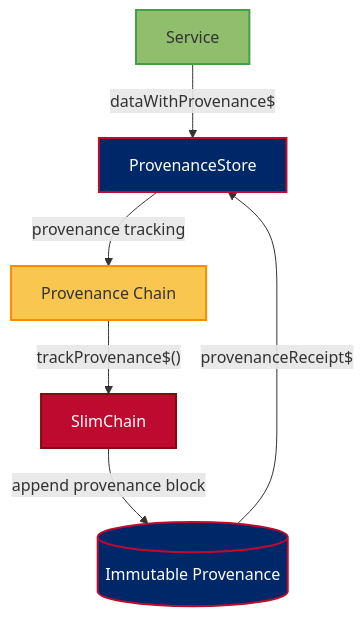
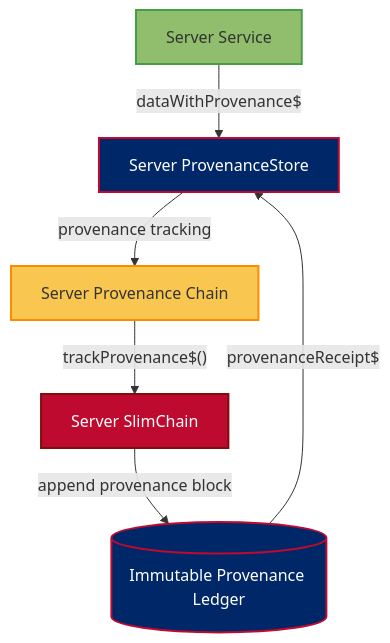
The fifth of 7 diagrams in forgeboard-frontend/src/assets/documentation/CODING-STANDARDS.md (JeffreySanford/forge-board), drawn with Mermaid before and after one commit. The commit also changed other lines of this file and 53 other files, not shown here.

````diff
--- a/forgeboard-frontend/src/assets/documentation/CODING-STANDARDS.md
+++ b/forgeboard-frontend/src/assets/documentation/CODING-STANDARDS.md
@@ -118,14 +118,14 @@
 ```mermaid
 flowchart TD
-  Service[Service]:::service -->|"dataWithProvenance$"| Store[ProvenanceStore]:::store
-  Store -->|"provenance tracking"| MergedState[Provenance Chain]:::state
-  MergedState -->|"trackProvenance$()"| Chain[SlimChain]:::chain
-  Chain -->|"append provenance block"| Ledger[(Immutable Provenance)]:::ledger
-  Ledger -->|"provenanceReceipt$"| Store
+  ServerService[Server Service]:::service -->|"dataWithProvenance$"| ServerStore[Server ProvenanceStore]:::store
+  ServerStore -->|"provenance tracking"| ServerMergedState[Server Provenance Chain]:::state
+  ServerMergedState -->|"trackProvenance$()"| ServerChain[Server SlimChain]:::chain
+  ServerChain -->|"append provenance block"| ServerLedger[(Immutable Provenance Ledger)]:::ledger
+  ServerLedger -->|"provenanceReceipt$"| ServerStore
   
   classDef service fill:#90BE6D,stroke:#43A047,stroke-width:2px;
   classDef store fill:#002868,stroke:#BF0A30,stroke-width:2px,color:#FFFFFF;
   classDef state fill:#F9C74F,stroke:#FB8C00,stroke-width:2px;
   classDef chain fill:#BF0A30,stroke:#7D100E,stroke-width:2px,color:#FFFFFF;
   classDef ledger fill:#002868,stroke:#BF0A30,stroke-width:2px,color:#FFFFFF;
 ```
````
